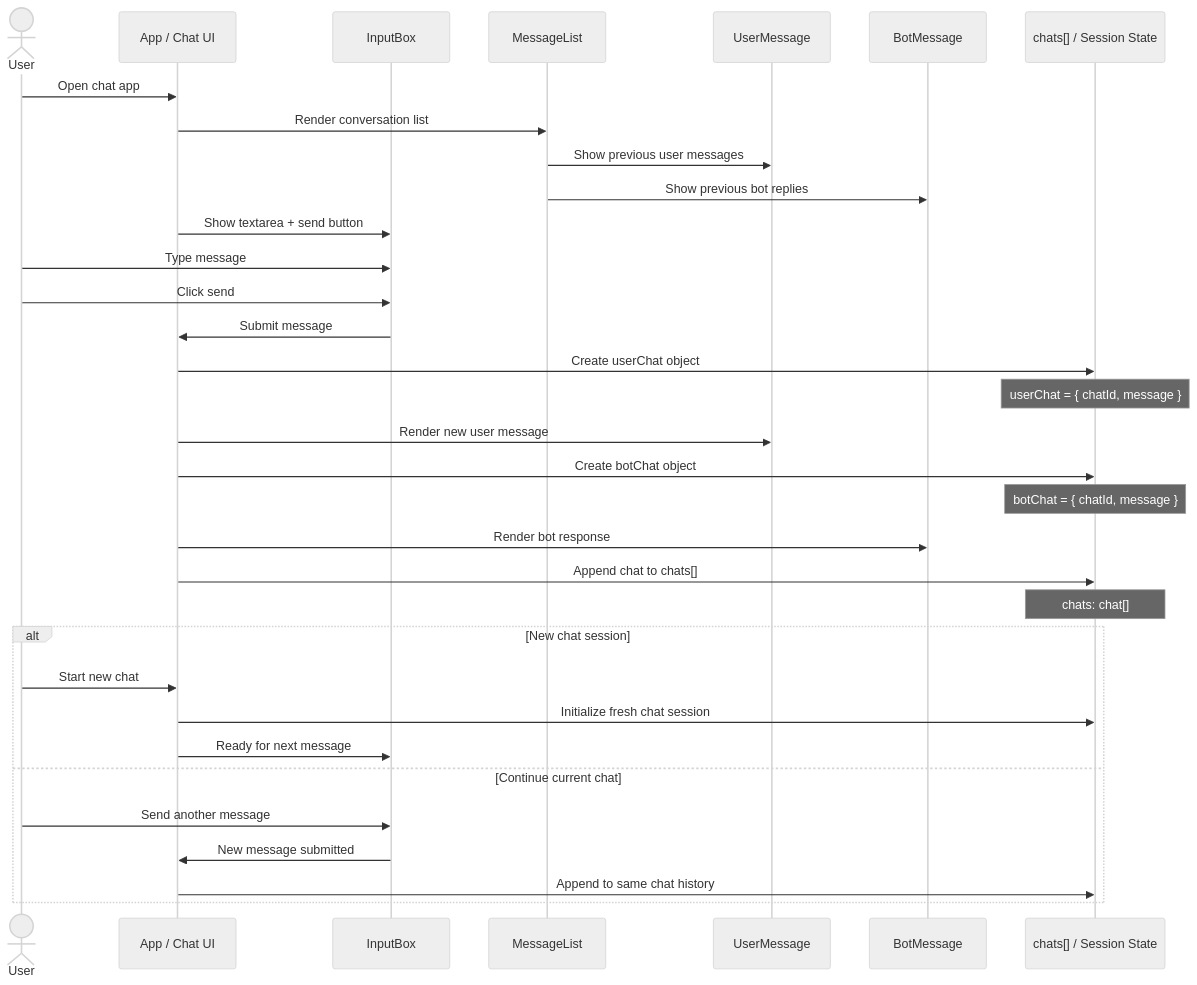
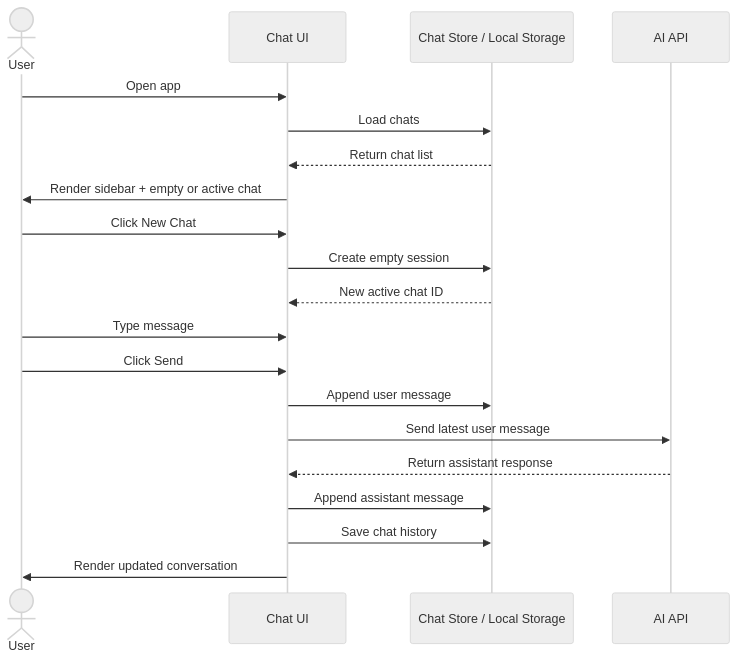
The second of 2 diagrams in flow.md (bashir-muhammad/askfolio), drawn with Mermaid (neutral theme) before and after one commit. The commit also changed other lines of this file, not shown here.

````diff
--- a/flow.md
+++ b/flow.md
@@ -53,39 +140,25 @@
 ```mermaid
 sequenceDiagram
     actor User
-    participant App as App / Chat UI
-    participant Input as InputBox
-    participant MessageList as MessageList
-    participant UserMsg as UserMessage
-    participant BotMsg as BotMessage
-    participant Store as chats[] / Session State
+    participant UI as Chat UI
+    participant Store as Chat Store / Local Storage
+    participant API as AI API
 
-    User->>App: Open chat app
-    App->>MessageList: Render conversation list
-    MessageList->>UserMsg: Show previous user messages
-    MessageList->>BotMsg: Show previous bot replies
-    App->>Input: Show textarea + send button
+    User->>UI: Open app
+    UI->>Store: Load chats
+    Store-->>UI: Return chat list
+    UI->>User: Render sidebar + empty or active chat
 
-    User->>Input: Type message
-    User->>Input: Click send
-    Input->>App: Submit message
-    App->>Store: Create userChat object
-    Note over Store: userChat = { chatId, message }
-    App->>UserMsg: Render new user message
-    App->>Store: Create botChat object
-    Note over Store: botChat = { chatId, message }
-    App->>BotMsg: Render bot response
+    User->>UI: Click New Chat
+    UI->>Store: Create empty session
+    Store-->>UI: New active chat ID
 
-    App->>Store: Append chat to chats[]
-    Note over Store: chats: chat[]
-
-    alt New chat session
-        User->>App: Start new chat
-        App->>Store: Initialize fresh chat session
-        App->>Input: Ready for next message
-    else Continue current chat
-        User->>Input: Send another message
-        Input->>App: New message submitted
-        App->>Store: Append to same chat history
-    end
+    User->>UI: Type message
+    User->>UI: Click Send
+    UI->>Store: Append user message
+    UI->>API: Send latest user message
+    API-->>UI: Return assistant response
+    UI->>Store: Append assistant message
+    UI->>Store: Save chat history
+    UI->>User: Render updated conversation
 ```
````
